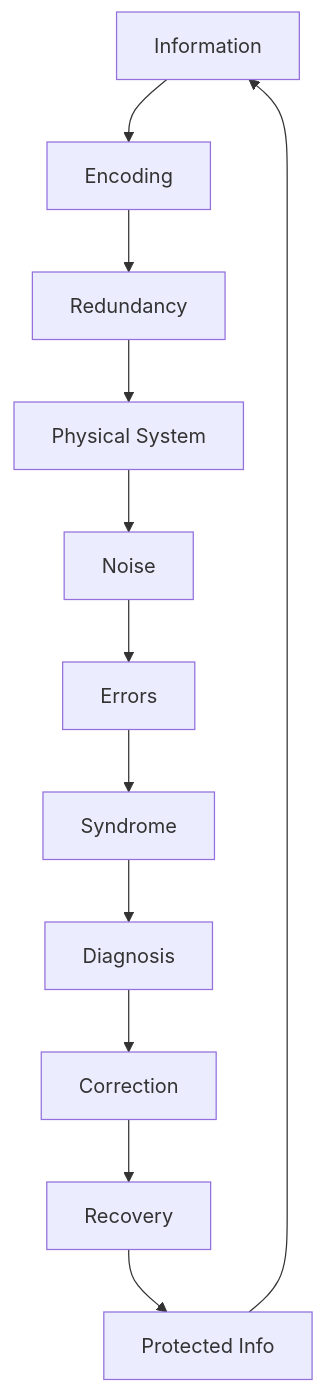
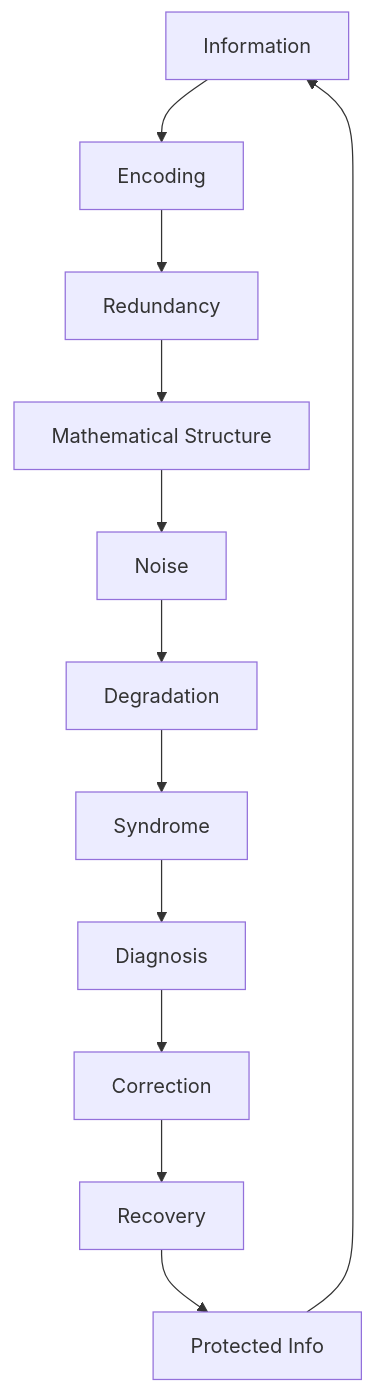
One commit to loning/the-phys changed the second of 2 diagrams in docs/psi-structum/book-1-collapse-ontology/part-04-quantum-gravity/chapter-056-quantum-error-correction.md. Above: the diagram before and after it, drawn with Mermaid. The commit also changed other lines of this file and 19 other files, not shown here.

````diff
--- a/docs/psi-structum/book-1-collapse-ontology/part-04-quantum-gravity/chapter-056-quantum-error-correction.md
+++ b/docs/psi-structum/book-1-collapse-ontology/part-04-quantum-gravity/chapter-056-quantum-error-correction.md
@@ -198,14 +228,14 @@
 ```mermaid
 graph TD
     A[Information] --> B[Encoding]
     B --> C[Redundancy]
-    C --> D[Physical System]
+    C --> D[Mathematical Structure]
     D --> E[Noise]
-    E --> F[Errors]
+    E --> F[Degradation]
     F --> G[Syndrome]
     G --> H[Diagnosis]
     H --> I[Correction]
     I --> J[Recovery]
     J --> K[Protected Info]
     K --> A
 ```
````
